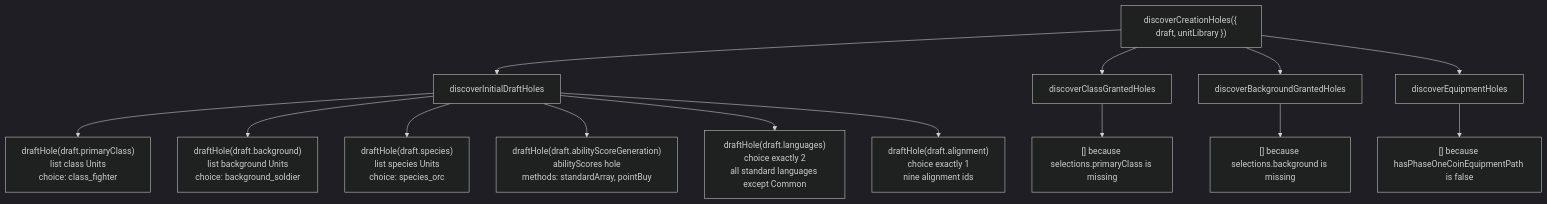
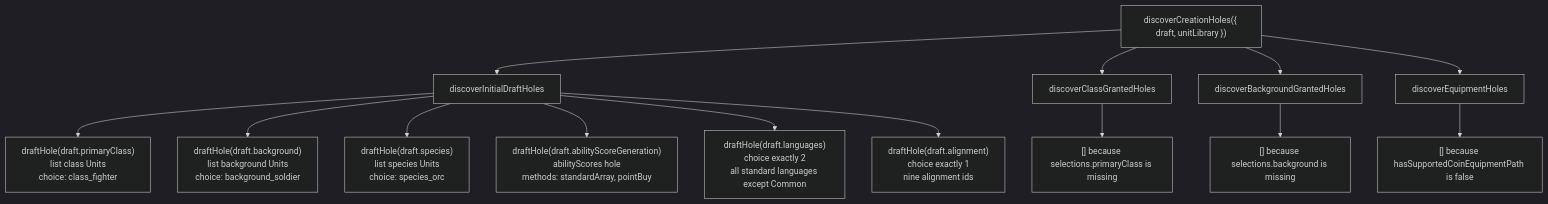
One commit to dearlordylord/5e-quint changed the third of 10 diagrams in packages/character-creation-runtime/EXPLANATORY_TIME_DIAGRAM.md. Above: the diagram before and after it, drawn with Mermaid (dark theme). The commit also changed other lines of this file and 21 other files, not shown here.

````diff
--- a/packages/character-creation-runtime/EXPLANATORY_TIME_DIAGRAM.md
+++ b/packages/character-creation-runtime/EXPLANATORY_TIME_DIAGRAM.md
@@ -224,24 +224,24 @@
 ```mermaid
 flowchart TD
   Discover["discoverCreationHoles({ draft, unitLibrary })"]
   Initial["discoverInitialDraftHoles"]
   Class["discoverClassGrantedHoles"]
   Background["discoverBackgroundGrantedHoles"]
   Equipment["discoverEquipmentHoles"]
 
   Discover --> Initial
   Discover --> Class
   Discover --> Background
   Discover --> Equipment
 
   Initial --> PClass["draftHole(draft.primaryClass)<br/>list class Units<br/>choice: class_fighter"]
   Initial --> Bg["draftHole(draft.background)<br/>list background Units<br/>choice: background_soldier"]
   Initial --> Species["draftHole(draft.species)<br/>list species Units<br/>choice: species_orc"]
   Initial --> Scores["draftHole(draft.abilityScoreGeneration)<br/>abilityScores hole<br/>methods: standardArray, pointBuy"]
   Initial --> Lang["draftHole(draft.languages)<br/>choice exactly 2<br/>all standard languages except Common"]
   Initial --> Align["draftHole(draft.alignment)<br/>choice exactly 1<br/>nine alignment ids"]
 
   Class --> NoClass["[] because selections.primaryClass is missing"]
   Background --> NoBg["[] because selections.background is missing"]
-  Equipment --> NoEquip["[] because hasPhaseOneCoinEquipmentPath is false"]
+  Equipment --> NoEquip["[] because hasSupportedCoinEquipmentPath is false"]
 ```
````
